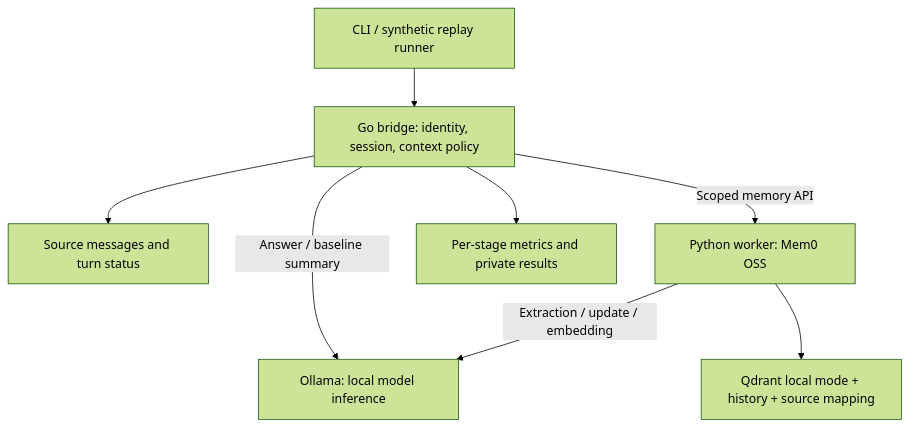
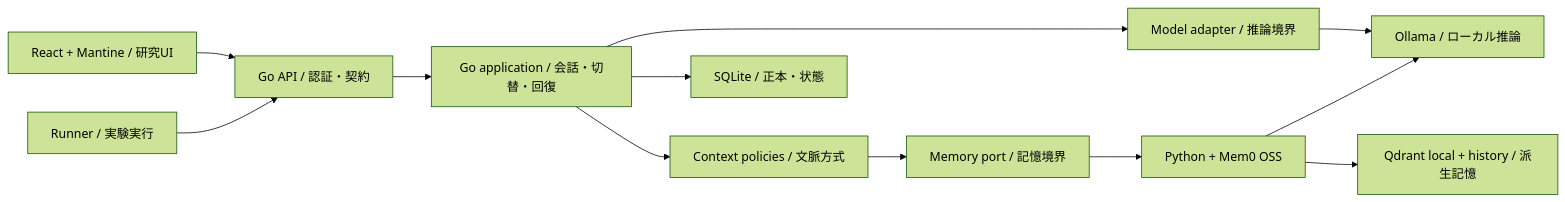
The diagram in README.md (lorendw7/kyudai-llm-context-bridge), drawn with Mermaid (forest theme) before and after one commit. The commit also changed other lines of this file and 11 other files, not shown here.

Commit message:
Add session contracts and bilingual roadmap

````diff
--- a/README.md
+++ b/README.md
@@ -17,10 +46,14 @@
 ```mermaid
-flowchart TD
-    Client["CLI / synthetic replay runner"] --> Go["Go bridge: identity, session, context policy"]
-    Go --> Source["Source messages and turn status"]
-    Go -->|"Answer / baseline summary"| Ollama["Ollama: local model inference"]
-    Go -->|"Scoped memory API"| Python["Python worker: Mem0 OSS"]
-    Python -->|"Extraction / update / embedding"| Ollama
-    Python --> Store["Qdrant local mode + history + source mapping"]
-    Go --> Metrics["Per-stage metrics and private results"]
+flowchart LR
+    UI["React + Mantine / 研究UI"] --> API["Go API / 認証・契約"]
+    Runner["Runner / 実験実行"] --> API
+    API --> App["Go application / 会話・切替・回復"]
+    App --> Policy["Context policies / 文脈方式"]
+    App --> DB["SQLite / 正本・状態"]
+    App --> Model["Model adapter / 推論境界"]
+    Policy --> Memory["Memory port / 記憶境界"]
+    Memory --> Worker["Python + Mem0 OSS"]
+    Model --> Ollama["Ollama / ローカル推論"]
+    Worker --> Ollama
+    Worker --> Derived["Qdrant local + history / 派生記憶"]
 ```
````
